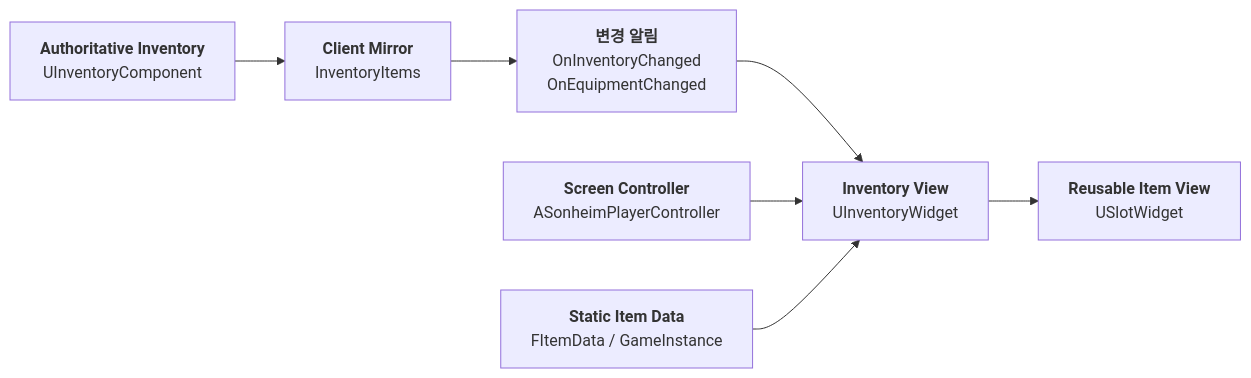
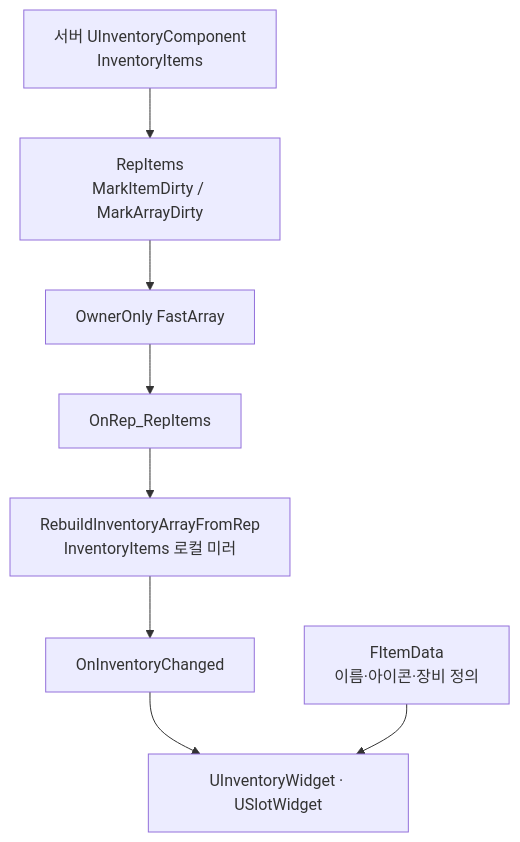
One commit to chungheonLee0325/Sonheim changed the first of 2 diagrams in Doc/Wiki/07_Inventory_Crafting.md. Above: the diagram before and after it, drawn with Mermaid. The commit also changed other lines of this file, not shown here.

Commit message:
docs: refocus inventory and collaborative crafting wiki on replicated slots and server work lifecycle

```diff
--- a/Doc/Wiki/07_Inventory_Crafting.md
+++ b/Doc/Wiki/07_Inventory_Crafting.md
@@ -388,17 +65,10 @@
 ~~~mermaid
-flowchart LR
-    SERVER["<b>Authoritative Inventory</b><br/>UInventoryComponent"]
-    REP["<b>Client Mirror</b><br/>InventoryItems"]
-    EVENT["<b>변경 알림</b><br/>OnInventoryChanged<br/>OnEquipmentChanged"]
-    SCREEN["<b>Screen Controller</b><br/>ASonheimPlayerController"]
-    INVUI["<b>Inventory View</b><br/>UInventoryWidget"]
-    SLOT["<b>Reusable Item View</b><br/>USlotWidget"]
-    DATA["<b>Static Item Data</b><br/>FItemData / GameInstance"]
-
-    SERVER --> REP
-    REP --> EVENT
-    EVENT --> INVUI
-    SCREEN --> INVUI
-    DATA --> INVUI
-    INVUI --> SLOT
+flowchart TB
+    GAME["서버 UInventoryComponent<br/>InventoryItems"] --> DIRTY["RepItems<br/>MarkItemDirty / MarkArrayDirty"]
+    DIRTY --> CLIENT["OwnerOnly FastArray"]
+    CLIENT --> ONREP["OnRep_RepItems"]
+    ONREP --> MIRROR["RebuildInventoryArrayFromRep<br/>InventoryItems 로컬 미러"]
+    MIRROR --> EVENT["OnInventoryChanged"]
+    EVENT --> WIDGET["UInventoryWidget · USlotWidget"]
+    DATA["FItemData<br/>이름·아이콘·장비 정의"] --> WIDGET
 ~~~
```
